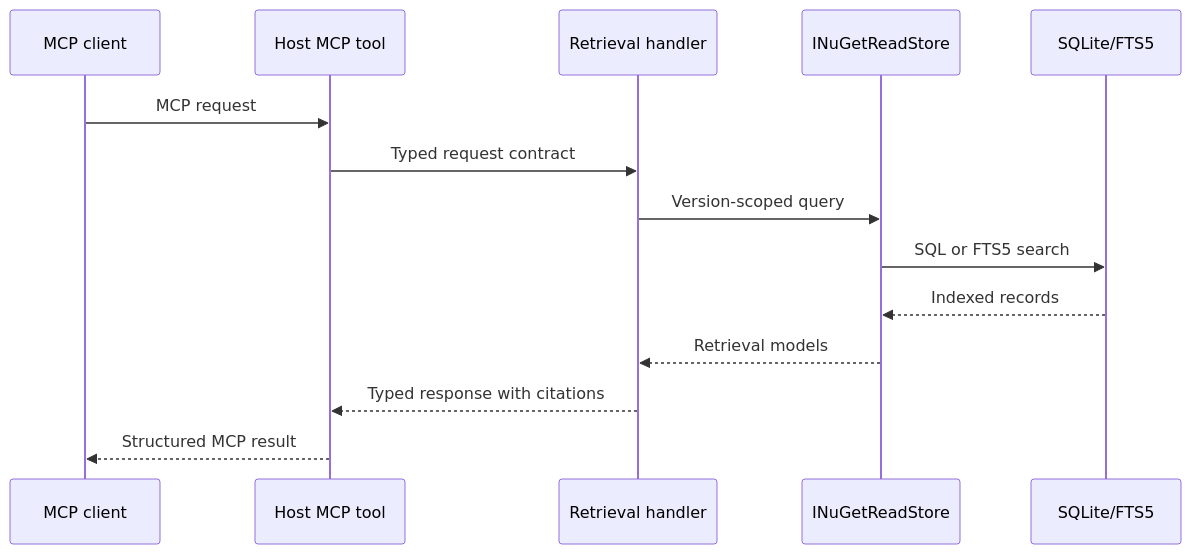
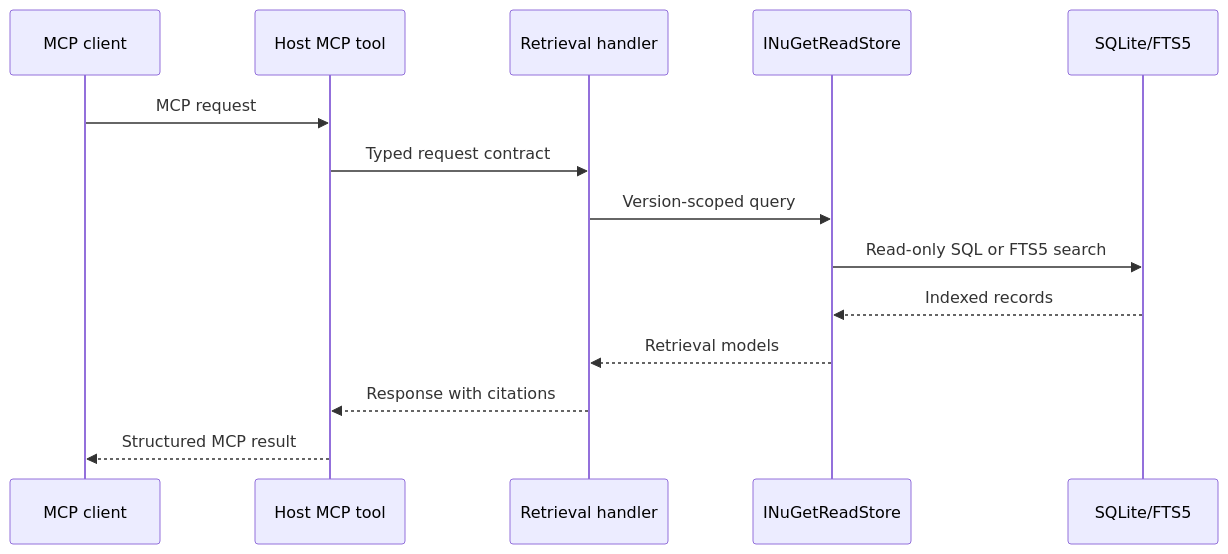
One commit to sbuyevich/mcp-doc-server changed the third of 3 diagrams in design/architecture.md. Above: the diagram before and after it, drawn with Mermaid. The commit also changed other lines of this file and 127 other files, not shown here.

````diff
--- a/design/architecture.md
+++ b/design/architecture.md
@@ -193,17 +130,17 @@
 ```mermaid
 sequenceDiagram
     participant Client as MCP client
     participant Tool as Host MCP tool
     participant Handler as Retrieval handler
     participant Store as INuGetReadStore
     participant DB as SQLite/FTS5
 
     Client->>Tool: MCP request
     Tool->>Handler: Typed request contract
     Handler->>Store: Version-scoped query
-    Store->>DB: SQL or FTS5 search
+    Store->>DB: Read-only SQL or FTS5 search
     DB-->>Store: Indexed records
     Store-->>Handler: Retrieval models
-    Handler-->>Tool: Typed response with citations
+    Handler-->>Tool: Response with citations
     Tool-->>Client: Structured MCP result
 ```
````
